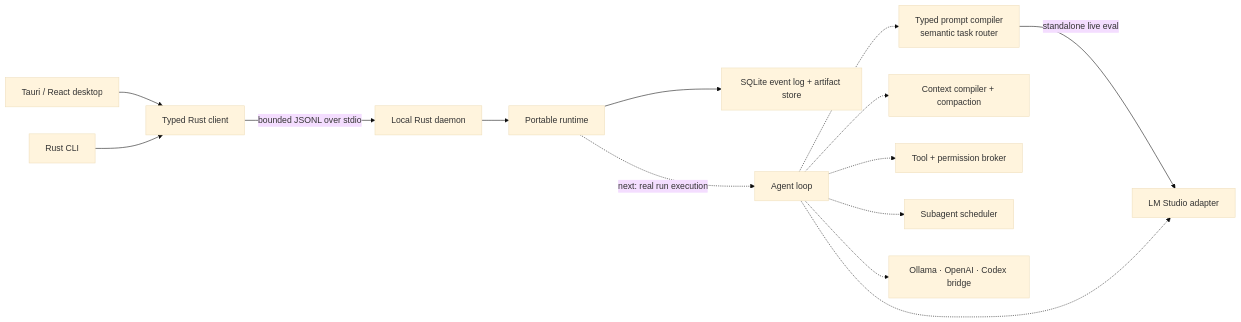
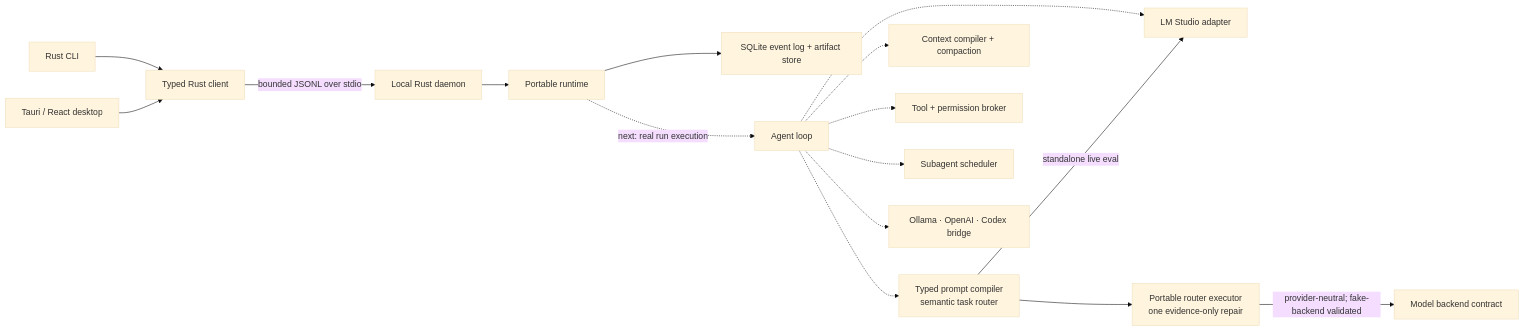
Before and after one commit to Jawbreaker1/BirdCode: the diagram in README.md, drawn with Mermaid (base theme). The commit also changed other lines of this file and 13 other files, not shown here.

Commit message:
feat: add typed router repair executor

````diff
--- a/README.md
+++ b/README.md
@@ -101,18 +104,20 @@
 ```mermaid
 flowchart LR
     Desktop["Tauri / React desktop"] --> Client["Typed Rust client"]
     CLI["Rust CLI"] --> Client
     Client -->|"bounded JSONL over stdio"| Daemon["Local Rust daemon"]
     Daemon --> Runtime["Portable runtime"]
     Runtime --> Store["SQLite event log + artifact store"]
 
     Prompting["Typed prompt compiler<br/>semantic task router"] -->|"standalone live eval"| LMStudio["LM Studio adapter"]
+    Prompting --> RouterExecutor["Portable router executor<br/>one evidence-only repair"]
+    RouterExecutor -->|"provider-neutral; fake-backend validated"| ModelBackend["Model backend contract"]
 
-    Runtime -. "next: real run execution" .-> AgentLoop["Agent loop"]
+    Runtime -.->|"next: real run execution"| AgentLoop["Agent loop"]
     AgentLoop -.-> Prompting
     AgentLoop -.-> LMStudio
     AgentLoop -.-> Context["Context compiler + compaction"]
     AgentLoop -.-> Tools["Tool + permission broker"]
     AgentLoop -.-> Scheduler["Subagent scheduler"]
     AgentLoop -.-> Providers["Ollama · OpenAI · Codex bridge"]
 ```
````
